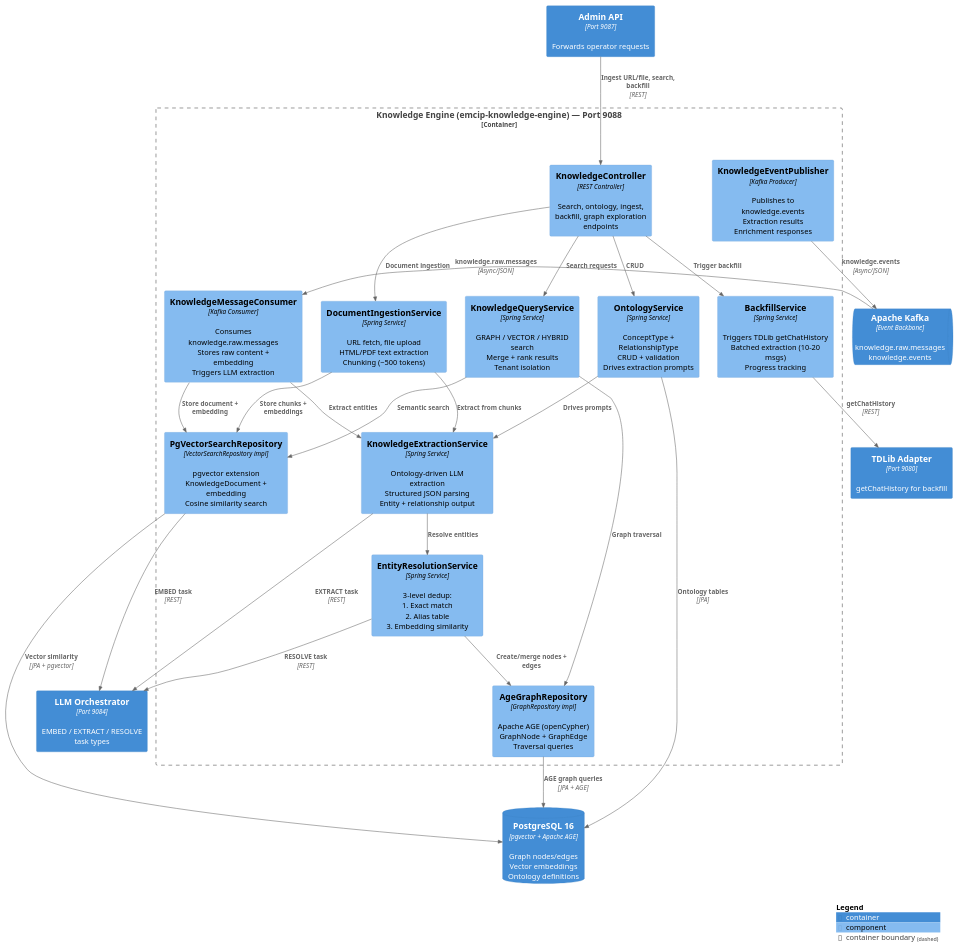
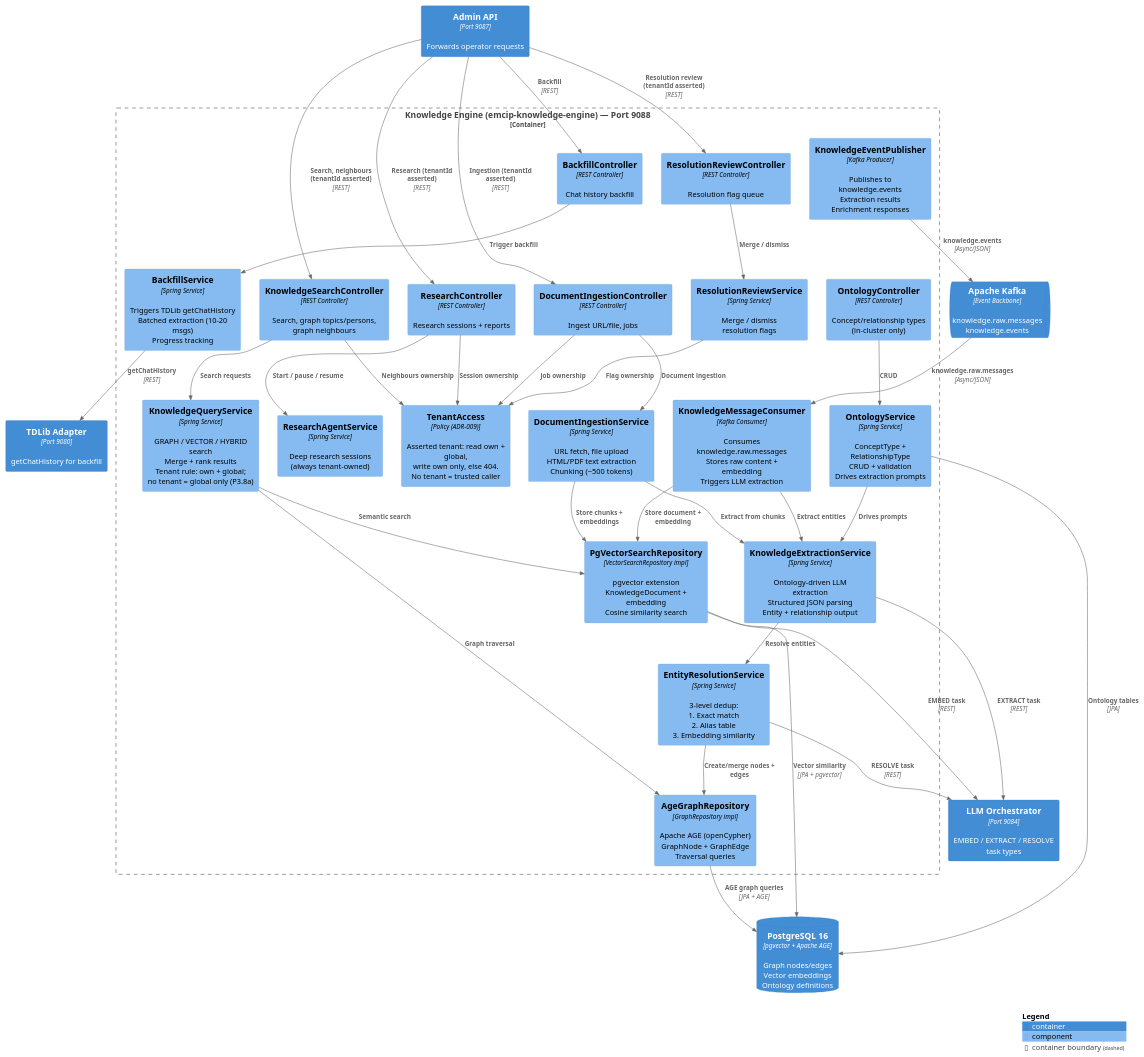
One commit to theyellow/ecip changed the diagram in documentation/diagrams/c3-knowledge-engine.puml. Above: the diagram before and after it, drawn with PlantUML. The commit also changed 7 other files, not shown here.

```diff
--- a/documentation/diagrams/c3-knowledge-engine.puml
+++ b/documentation/diagrams/c3-knowledge-engine.puml
@@ -1,76 +1,96 @@
 @startuml C3_Knowledge_Engine
 !include https://raw.githubusercontent.com/plantuml-stdlib/C4-PlantUML/master/C4_Component.puml
 
 ' Purpose: Component-level view of the Knowledge Engine service
 ' Used in: architecture-guide.adoc - Knowledge Engine section
 
 LAYOUT_WITH_LEGEND()
 
 Container_Boundary(ke, "Knowledge Engine (emcip-knowledge-engine) — Port 9088") {
 
     ' Ingestion Layer
     Component(consumer, "KnowledgeMessageConsumer", "Kafka Consumer", "Consumes knowledge.raw.messages\nStores raw content + embedding\nTriggers LLM extraction")
     Component(ingest, "DocumentIngestionService", "Spring Service", "URL fetch, file upload\nHTML/PDF text extraction\nChunking (~500 tokens)")
     Component(backfill, "BackfillService", "Spring Service", "Triggers TDLib getChatHistory\nBatched extraction (10-20 msgs)\nProgress tracking")
 
     ' Extraction Layer
     Component(extraction, "KnowledgeExtractionService", "Spring Service", "Ontology-driven LLM extraction\nStructured JSON parsing\nEntity + relationship output")
     Component(resolution, "EntityResolutionService", "Spring Service", "3-level dedup:\n1. Exact match\n2. Alias table\n3. Embedding similarity")
 
     ' Ontology Layer
     Component(ontology, "OntologyService", "Spring Service", "ConceptType + RelationshipType\nCRUD + validation\nDrives extraction prompts")
 
     ' Storage Layer
     Component(graph_repo, "AgeGraphRepository", "GraphRepository impl", "Apache AGE (openCypher)\nGraphNode + GraphEdge\nTraversal queries")
     Component(vector_repo, "PgVectorSearchRepository", "VectorSearchRepository impl", "pgvector extension\nKnowledgeDocument + embedding\nCosine similarity search")
 
     ' Query Layer
-    Component(query, "KnowledgeQueryService", "Spring Service", "GRAPH / VECTOR / HYBRID search\nMerge + rank results\nTenant isolation")
-    Component(controller, "KnowledgeController", "REST Controller", "Search, ontology, ingest,\nbackfill, graph exploration\nendpoints")
+    Component(query, "KnowledgeQueryService", "Spring Service", "GRAPH / VECTOR / HYBRID search\nMerge + rank results\nTenant rule: own + global;\nno tenant = global only (P3.8a)")
+    Component(research_svc, "ResearchAgentService", "Spring Service", "Deep research sessions\n(always tenant-owned)")
+    Component(review_svc, "ResolutionReviewService", "Spring Service", "Merge / dismiss\nresolution flags")
+
+    ' REST Layer
+    Component(search_ctrl, "KnowledgeSearchController", "REST Controller", "Search, graph topics/persons,\ngraph neighbours")
+    Component(research_ctrl, "ResearchController", "REST Controller", "Research sessions + reports")
+    Component(ingest_ctrl, "DocumentIngestionController", "REST Controller", "Ingest URL/file, jobs")
+    Component(review_ctrl, "ResolutionReviewController", "REST Controller", "Resolution flag queue")
+    Component(ontology_ctrl, "OntologyController", "REST Controller", "Concept/relationship types\n(in-cluster only)")
+    Component(backfill_ctrl, "BackfillController", "REST Controller", "Chat history backfill")
+    Component(tenant_access, "TenantAccess", "Policy (ADR-009)", "Asserted tenant: read own + global,\nwrite own only, else 404.\nNo tenant = trusted caller")
     Component(events, "KnowledgeEventPublisher", "Kafka Producer", "Publishes to knowledge.events\nExtraction results\nEnrichment responses")
 }
 
 ' External dependencies
 ContainerDb(postgres, "PostgreSQL 16", "pgvector + Apache AGE", "Graph nodes/edges\nVector embeddings\nOntology definitions")
 ContainerQueue(kafka, "Apache Kafka", "Event Backbone", "knowledge.raw.messages\nknowledge.events")
 Container(llm_orch, "LLM Orchestrator", "Port 9084", "EMBED / EXTRACT / RESOLVE\ntask types")
 Container(admin_api, "Admin API", "Port 9087", "Forwards operator requests")
 Container(tdlib, "TDLib Adapter", "Port 9080", "getChatHistory for backfill")
 
 ' Ingestion flow
 Rel(kafka, consumer, "knowledge.raw.messages", "Async/JSON")
-Rel(admin_api, controller, "Ingest URL/file, search, backfill", "REST")
-Rel(controller, ingest, "Document ingestion")
-Rel(controller, backfill, "Trigger backfill")
+Rel(admin_api, search_ctrl, "Search, neighbours (tenantId asserted)", "REST")
+Rel(admin_api, research_ctrl, "Research (tenantId asserted)", "REST")
+Rel(admin_api, ingest_ctrl, "Ingestion (tenantId asserted)", "REST")
+Rel(admin_api, review_ctrl, "Resolution review (tenantId asserted)", "REST")
+Rel(admin_api, backfill_ctrl, "Backfill", "REST")
+Rel(ingest_ctrl, ingest, "Document ingestion")
+Rel(backfill_ctrl, backfill, "Trigger backfill")
+Rel(research_ctrl, research_svc, "Start / pause / resume")
+Rel(review_ctrl, review_svc, "Merge / dismiss")
 Rel(backfill, tdlib, "getChatHistory", "REST")
 
 ' Extraction flow
 Rel(consumer, extraction, "Extract entities")
 Rel(ingest, extraction, "Extract from chunks")
 Rel(extraction, llm_orch, "EXTRACT task", "REST")
 Rel(extraction, resolution, "Resolve entities")
 
 ' Storage flow
 Rel(resolution, graph_repo, "Create/merge nodes + edges")
 Rel(consumer, vector_repo, "Store document + embedding")
 Rel(ingest, vector_repo, "Store chunks + embeddings")
 Rel(vector_repo, llm_orch, "EMBED task", "REST")
 Rel(resolution, llm_orch, "RESOLVE task", "REST")
 
 ' Query flow
-Rel(controller, query, "Search requests")
+Rel(search_ctrl, query, "Search requests")
+Rel(search_ctrl, tenant_access, "Neighbours ownership")
+Rel(research_ctrl, tenant_access, "Session ownership")
+Rel(ingest_ctrl, tenant_access, "Job ownership")
+Rel(review_svc, tenant_access, "Flag ownership")
 Rel(query, graph_repo, "Graph traversal")
 Rel(query, vector_repo, "Semantic search")
 Rel(ontology, extraction, "Drives prompts")
-Rel(controller, ontology, "CRUD")
+Rel(ontology_ctrl, ontology, "CRUD")
 
 ' Output
 Rel(events, kafka, "knowledge.events", "Async/JSON")
 
 ' Database
 Rel(graph_repo, postgres, "AGE graph queries", "JPA + AGE")
 Rel(vector_repo, postgres, "Vector similarity", "JPA + pgvector")
 Rel(ontology, postgres, "Ontology tables", "JPA")
 
 SHOW_LEGEND()
 @enduml
```
